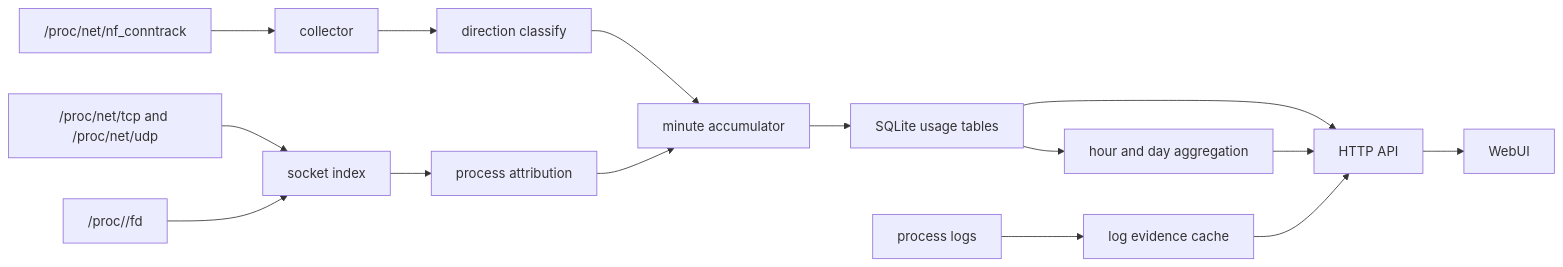
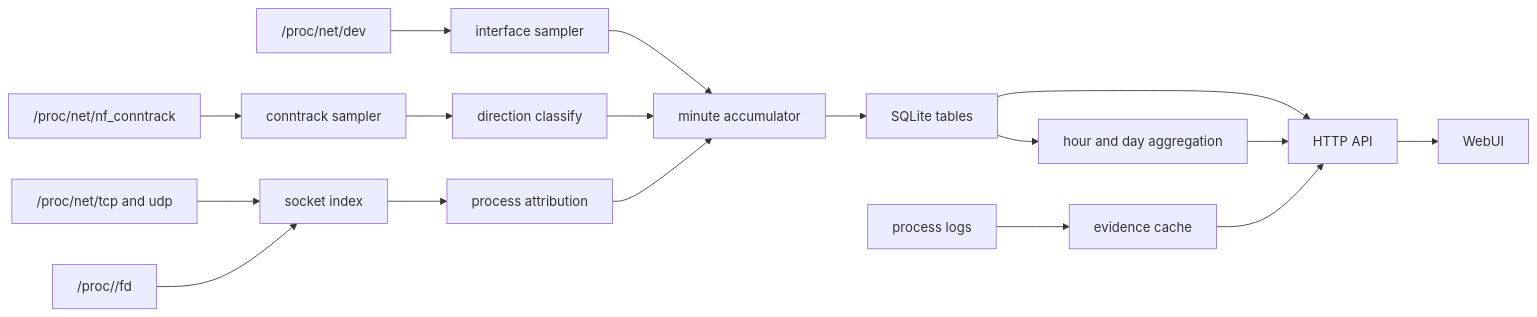
One commit to SukiYume/traffic-go changed the diagram in README.md. Above: the diagram before and after it, drawn with Mermaid. The commit also changed other lines of this file and 27 other files, not shown here.

````diff
--- a/README.md
+++ b/README.md
@@ -21,17 +21,19 @@
 ```mermaid
 flowchart LR
-    A["/proc/net/nf_conntrack"] --> B["collector"]
-    C["/proc/net/tcp and /proc/net/udp"] --> D["socket index"]
-    E["/proc/<pid>/fd"] --> D
-    B --> F["direction classify"]
-    D --> G["process attribution"]
-    F --> H["minute accumulator"]
-    G --> H
-    H --> I["SQLite usage tables"]
-    I --> J["hour and day aggregation"]
-    K["process logs"] --> L["log evidence cache"]
-    I --> M["HTTP API"]
-    J --> M
-    L --> M
-    M --> N["WebUI"]
+    A["/proc/net/dev"] --> B["interface sampler"]
+    C["/proc/net/nf_conntrack"] --> D["conntrack sampler"]
+    E["/proc/net/tcp and udp"] --> F["socket index"]
+    G["/proc/<pid>/fd"] --> F
+    D --> H["direction classify"]
+    F --> I["process attribution"]
+    B --> J["minute accumulator"]
+    H --> J
+    I --> J
+    J --> K["SQLite tables"]
+    K --> L["hour and day aggregation"]
+    M["process logs"] --> N["evidence cache"]
+    K --> O["HTTP API"]
+    L --> O
+    N --> O
+    O --> P["WebUI"]
 ```
````
